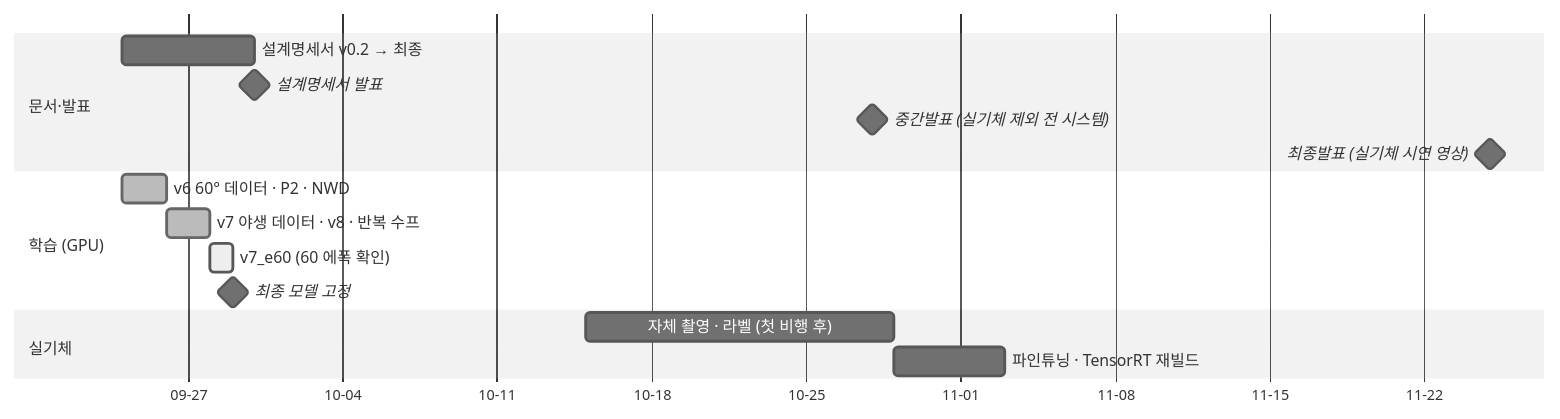
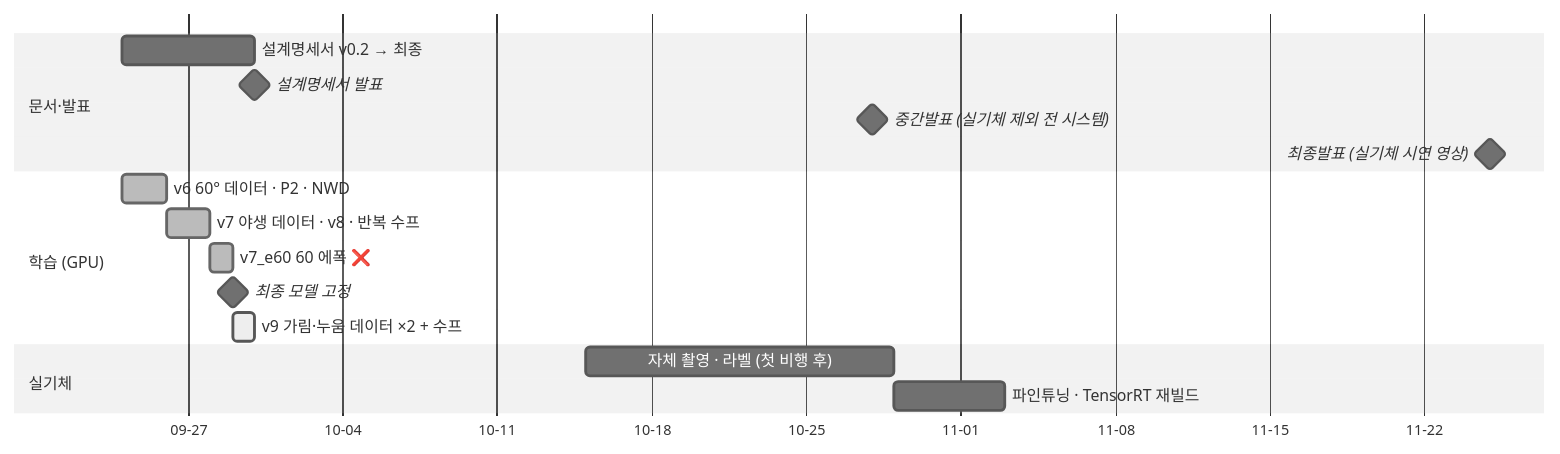
The second of 2 diagrams in obsidian/00 홈.md (tim9985/Capstone), drawn with Mermaid (neutral theme) before and after one commit. The commit also changed other lines of this file and 28 other files, not shown here.

````diff
--- a/obsidian/00 홈.md
+++ b/obsidian/00 홈.md
@@ -52,18 +54,19 @@
 ```mermaid
 gantt
     dateFormat YYYY-MM-DD
     axisFormat %m-%d
     section 문서·발표
     설계명세서 v0.2 → 최종        :doc, 2026-09-24, 6d
     설계명세서 발표               :milestone, 2026-09-30, 0d
     중간발표 (실기체 제외 전 시스템) :milestone, 2026-10-28, 0d
     최종발표 (실기체 시연 영상)    :milestone, 2026-11-25, 0d
     section 학습 (GPU)
     v6 60° 데이터 · P2 · NWD      :done, v6, 2026-09-24, 2d
     v7 야생 데이터 · v8 · 반복 수프 :done, v7, 2026-09-26, 2d
-    v7_e60 (60 에폭 확인)          :active, e60, 2026-09-28, 1d
+    v7_e60 60 에폭 ❌              :done, e60, 2026-09-28, 1d
     최종 모델 고정                 :milestone, 2026-09-29, 0d
+    v9 가림·누움 데이터 ×2 + 수프   :active, v9, 2026-09-29, 1d
     section 실기체
     자체 촬영 · 라벨 (첫 비행 후)   :own, 2026-10-15, 14d
     파인튜닝 · TensorRT 재빌드     :after own, 5d
 ```
````
